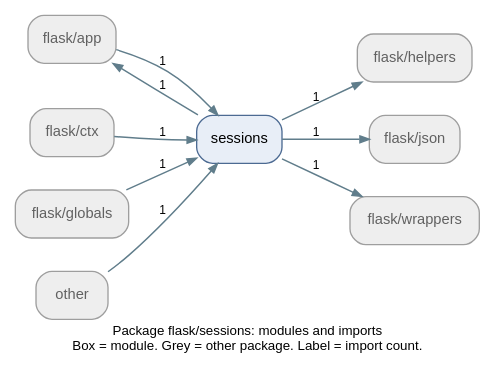
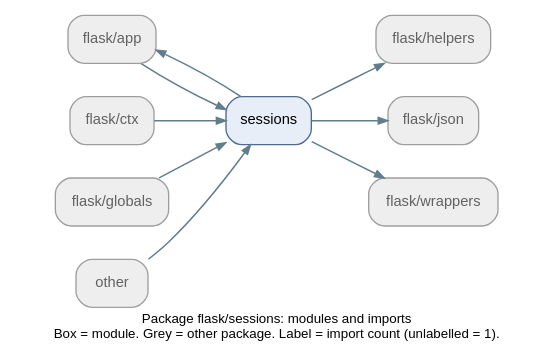
Before and after one commit to Icoder05/buglens: the diagram in onboarding/pallets__flask/diagrams/packages/flask_sessions.dot, drawn with Graphviz. The commit also changed 70 other files, not shown here.

```diff
--- a/onboarding/pallets__flask/diagrams/packages/flask_sessions.dot
+++ b/onboarding/pallets__flask/diagrams/packages/flask_sessions.dot
@@ -1,22 +1,22 @@
 digraph package {
 	fontname=Helvetica fontsize=10 label="Package flask/sessions: modules and imports
-Box = module. Grey = other package. Label = import count." labelloc=b nodesep=0.35 rankdir=LR ranksep=0.6
+Box = module. Grey = other package. Label = import count (unlabelled = 1)." labelloc=b nodesep=0.35 rankdir=LR ranksep=0.6
 	node [color="#4c6a92" fillcolor="#e8eef7" fontname=Helvetica fontsize=11 shape=box style="rounded,filled"]
 	edge [arrowsize=0.7 color="#607d8b" fontname=Helvetica fontsize=9]
 	n0 [label="flask/app" color="#9e9e9e" fillcolor="#eeeeee" fontcolor="#616161" tooltip="ext::flask/app"]
 	n1 [label="flask/ctx" color="#9e9e9e" fillcolor="#eeeeee" fontcolor="#616161" tooltip="ext::flask/ctx"]
 	n2 [label="flask/globals" color="#9e9e9e" fillcolor="#eeeeee" fontcolor="#616161" tooltip="ext::flask/globals"]
 	n3 [label="flask/helpers" color="#9e9e9e" fillcolor="#eeeeee" fontcolor="#616161" tooltip="ext::flask/helpers"]
 	n4 [label="flask/json" color="#9e9e9e" fillcolor="#eeeeee" fontcolor="#616161" tooltip="ext::flask/json"]
 	n5 [label="flask/wrappers" color="#9e9e9e" fillcolor="#eeeeee" fontcolor="#616161" tooltip="ext::flask/wrappers"]
 	n6 [label=other color="#9e9e9e" fillcolor="#eeeeee" fontcolor="#616161" tooltip="ext::other"]
 	n7 [label=sessions tooltip="flask.sessions"]
-	n0 -> n7 [label=1 penwidth=1.1]
-	n1 -> n7 [label=1 penwidth=1.1]
-	n2 -> n7 [label=1 penwidth=1.1]
-	n6 -> n7 [label=1 penwidth=1.1]
-	n7 -> n0 [label=1 penwidth=1.1]
-	n7 -> n3 [label=1 penwidth=1.1]
-	n7 -> n4 [label=1 penwidth=1.1]
-	n7 -> n5 [label=1 penwidth=1.1]
+	n0 -> n7 [penwidth=1.1]
+	n1 -> n7 [penwidth=1.1]
+	n2 -> n7 [penwidth=1.1]
+	n6 -> n7 [penwidth=1.1]
+	n7 -> n0 [penwidth=1.1]
+	n7 -> n3 [penwidth=1.1]
+	n7 -> n4 [penwidth=1.1]
+	n7 -> n5 [penwidth=1.1]
 }
```
